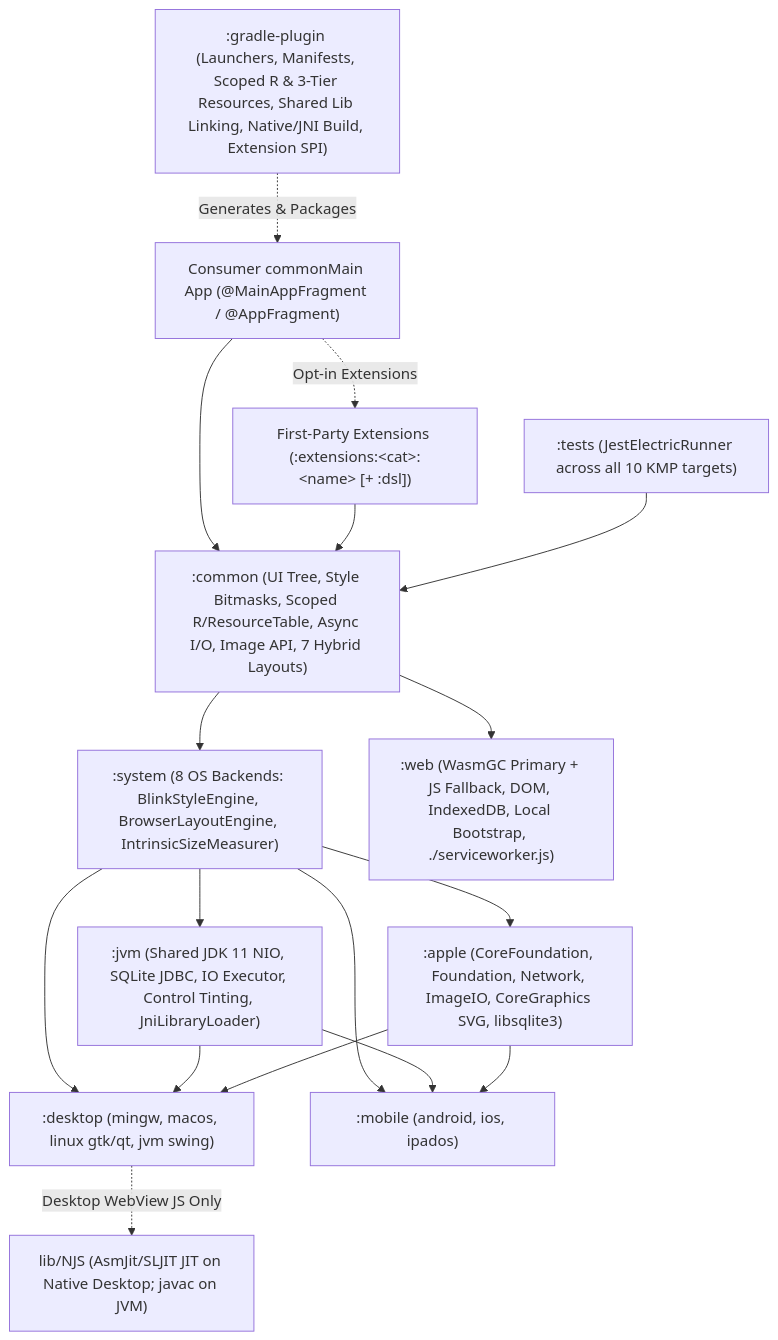
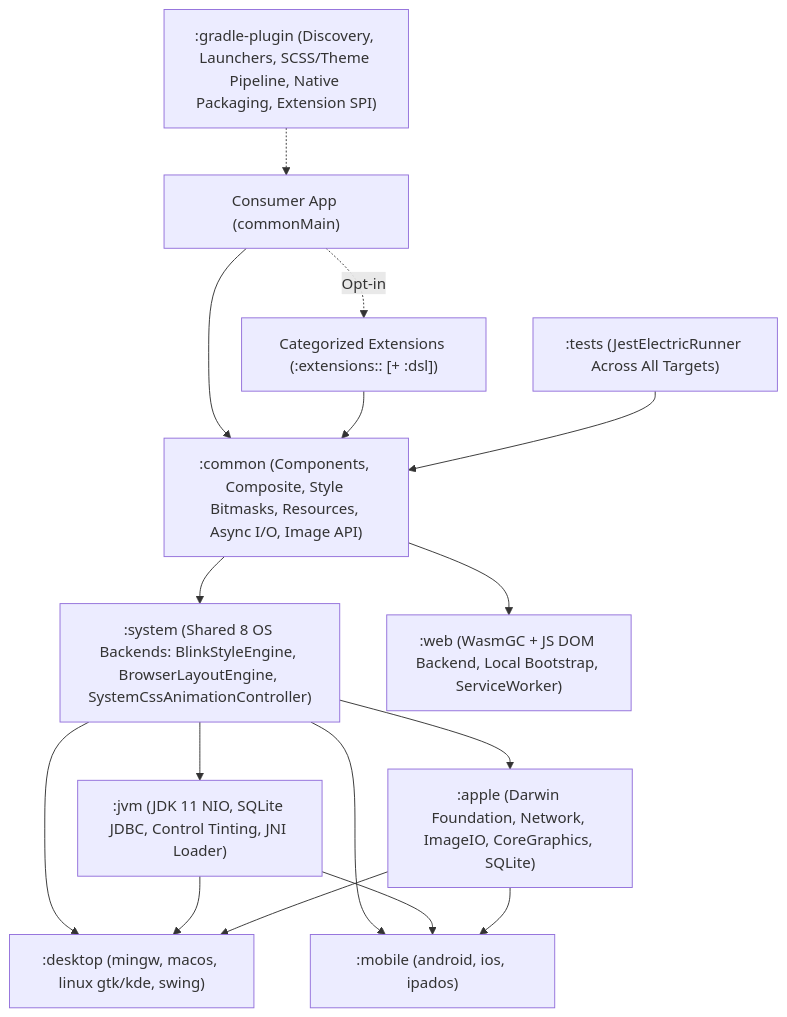
Before and after one commit to GenericUI/GenericUI: the diagram in ARCHITECTURE.md, drawn with Mermaid. The commit also changed other lines of this file and 326 other files, not shown here.

Commit message:
Add Composite, StyledComponent/StyledSlider, SCSS @-tag compiler & Blink style engine, animation/CG rasterizer, codegen improvements, docs, tests, and update submodules

````diff
--- a/ARCHITECTURE.md
+++ b/ARCHITECTURE.md
@@ -35,23 +24,19 @@
 ```mermaid
 flowchart TD
-    APP["Consumer commonMain App (@MainAppFragment / @AppFragment)"] --> COMMON[":common (UI Tree, Style Bitmasks, Scoped R/ResourceTable, Async I/O, Image API, 7 Hybrid Layouts)"]
-    APP -. "Opt-in Extensions" .-> EXT["First-Party Extensions (:extensions:&lt;cat&gt;:&lt;name&gt; [+ :dsl])"]
+    APP["Consumer App (commonMain)"] --> COMMON[":common (Components, Composite, Style Bitmasks, Resources, Async I/O, Image API)"]
+    APP -. "Opt-in" .-> EXT["Categorized Extensions (:extensions:<cat>:<name> [+ :dsl])"]
     EXT --> COMMON
 
-    COMMON --> SYSTEM[":system (8 OS Backends: BlinkStyleEngine, BrowserLayoutEngine, IntrinsicSizeMeasurer)"]
-    COMMON --> WEB[":web (WasmGC Primary + JS Fallback, DOM, IndexedDB, Local Bootstrap, ./serviceworker.js)"]
+    COMMON --> SYSTEM[":system (Shared 8 OS Backends: BlinkStyleEngine, BrowserLayoutEngine, SystemCssAnimationController)"]
+    COMMON --> WEB[":web (WasmGC + JS DOM Backend, Local Bootstrap, ServiceWorker)"]
 
-    SYSTEM --> JVM[":jvm (Shared JDK 11 NIO, SQLite JDBC, IO Executor, Control Tinting, JniLibraryLoader)"]
-    SYSTEM --> APPLE[":apple (CoreFoundation, Foundation, Network, ImageIO, CoreGraphics SVG, libsqlite3)"]
-    SYSTEM --> DESKTOP[":desktop (mingw, macos, linux gtk/qt, jvm swing)"]
-    JVM --> DESKTOP
-    APPLE --> DESKTOP
+    SYSTEM --> JVM[":jvm (JDK 11 NIO, SQLite JDBC, Control Tinting, JNI Loader)"]
+    SYSTEM --> APPLE[":apple (Darwin Foundation, Network, ImageIO, CoreGraphics, SQLite)"]
+    SYSTEM --> DESKTOP[":desktop (mingw, macos, linux gtk/kde, swing)"]
+    SYSTEM --> MOBILE[":mobile (android, ios, ipados)"]
+    JVM --> DESKTOP & MOBILE
+    APPLE --> DESKTOP & MOBILE
 
-    SYSTEM --> MOBILE[":mobile (android, ios, ipados)"]
-    JVM --> MOBILE
-    APPLE --> MOBILE
-
-    DESKTOP -. "Desktop WebView JS Only" .-> NJS["lib/NJS (AsmJit/SLJIT JIT on Native Desktop; javac on JVM)"]
-    GP[":gradle-plugin (Launchers, Manifests, Scoped R & 3-Tier Resources, Shared Lib Linking, Native/JNI Build, Extension SPI)"] -. "Generates & Packages" .-> APP
-    TESTS[":tests (JestElectricRunner across all 10 KMP targets)"] --> COMMON
+    GP[":gradle-plugin (Discovery, Launchers, SCSS/Theme Pipeline, Native Packaging, Extension SPI)"] -.-> APP
+    TESTS[":tests (JestElectricRunner Across All Targets)"] --> COMMON
 ```
````
